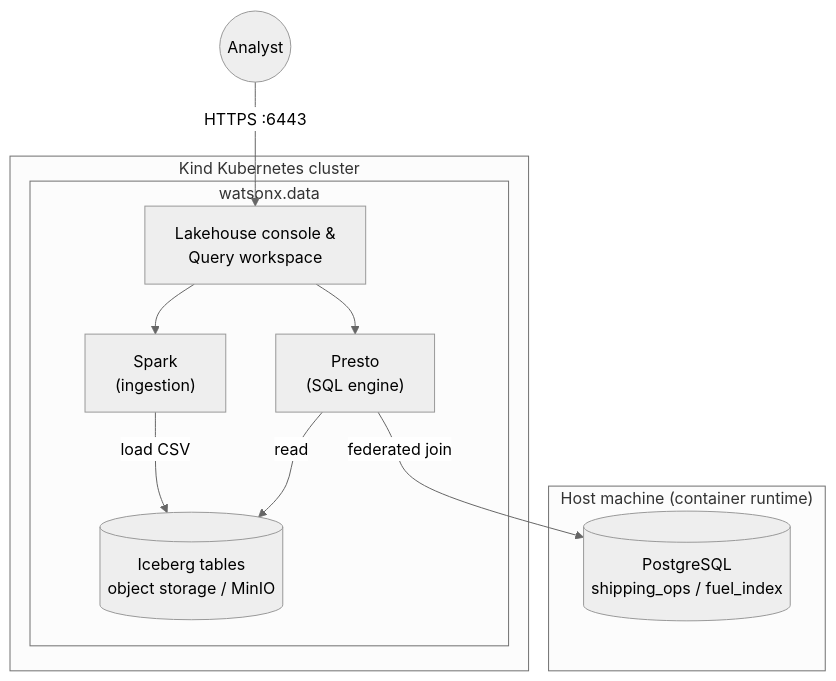
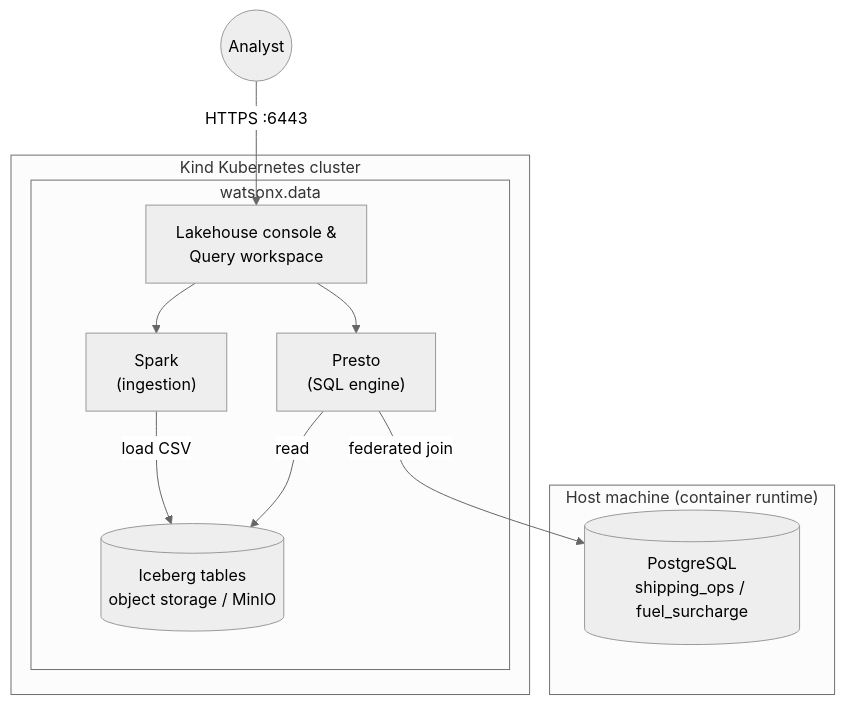
The diagram in 01-data-federation/README.md (michelderu/wxd-globalparcel-demo), drawn with Mermaid (neutral theme) before and after one commit. The commit also changed other lines of this file and 7 other files, not shown here.

````diff
--- a/01-data-federation/README.md
+++ b/01-data-federation/README.md
@@ -19,23 +19,23 @@
 ```mermaid
 flowchart TB
     subgraph Host["Host machine (container runtime)"]
-        PG[("PostgreSQL\nshipping_ops / fuel_index")]
+        PG[("PostgreSQL\nshipping_ops / fuel_surcharge")]
     end
 
     subgraph Kind["Kind Kubernetes cluster"]
         subgraph WXD["watsonx.data"]
             UI["Lakehouse console &\nQuery workspace"]
             Spark["Spark\n(ingestion)"]
             Presto["Presto\n(SQL engine)"]
             Iceberg[("Iceberg tables\nobject storage / MinIO")]
         end
     end
 
     Analyst((Analyst))
     Analyst -->|HTTPS :6443| UI
     UI --> Spark
     UI --> Presto
     Spark -->|load CSV| Iceberg
     Presto -->|read| Iceberg
     Presto -->|federated join| PG
 ```
````
